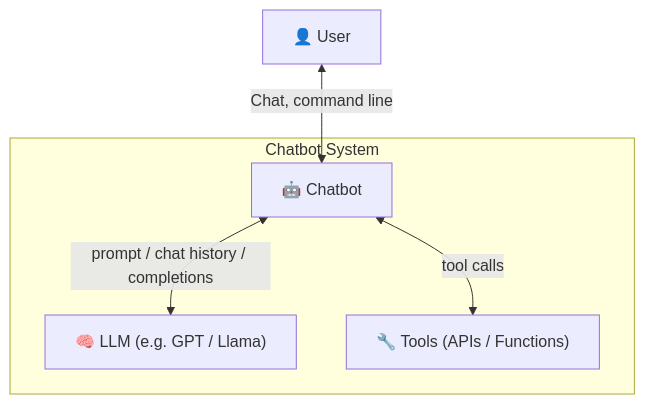
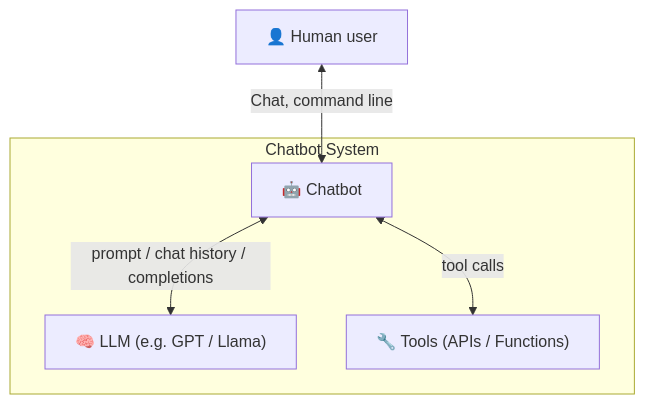
Before and after one commit to pve/hugo-site-dias: the first of 2 diagrams in content/posts/agent-self-aware.md, drawn with Mermaid. The commit also changed other lines of this file and 3 other files, not shown here.

````diff
--- a/content/posts/agent-self-aware.md
+++ b/content/posts/agent-self-aware.md
@@ -98,15 +85,15 @@
 ```mermaid
 graph TD
-    User["👤 User"]
+    User["👤 Human user"]
 
     subgraph System["Chatbot System"]
         Chatbot["🤖 Chatbot"]
         LLM["🧠 LLM (e.g. GPT / Llama)"]
         Tools["🔧 Tools (APIs / Functions)"]
 
         Chatbot <-->|"prompt / chat history / completions"| LLM
         Chatbot <-->|"tool calls"| Tools
     end
 
     User <-->|"Chat, command line"| Chatbot
 ```
````
